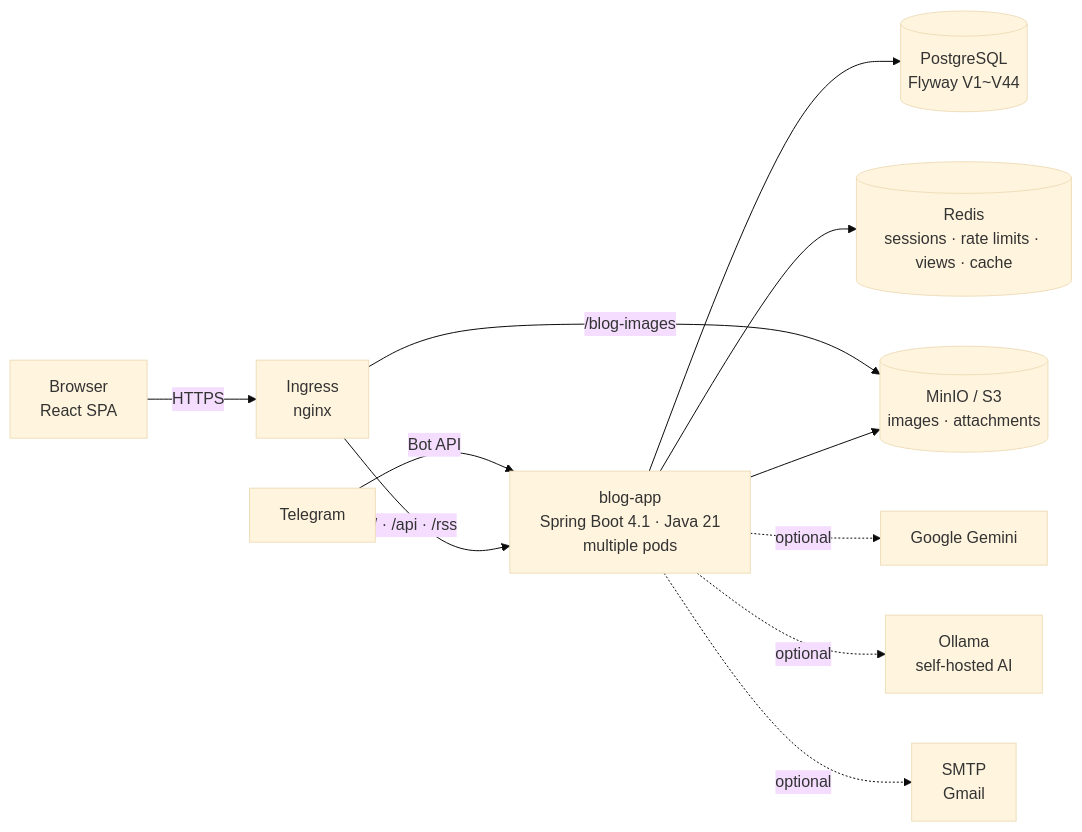
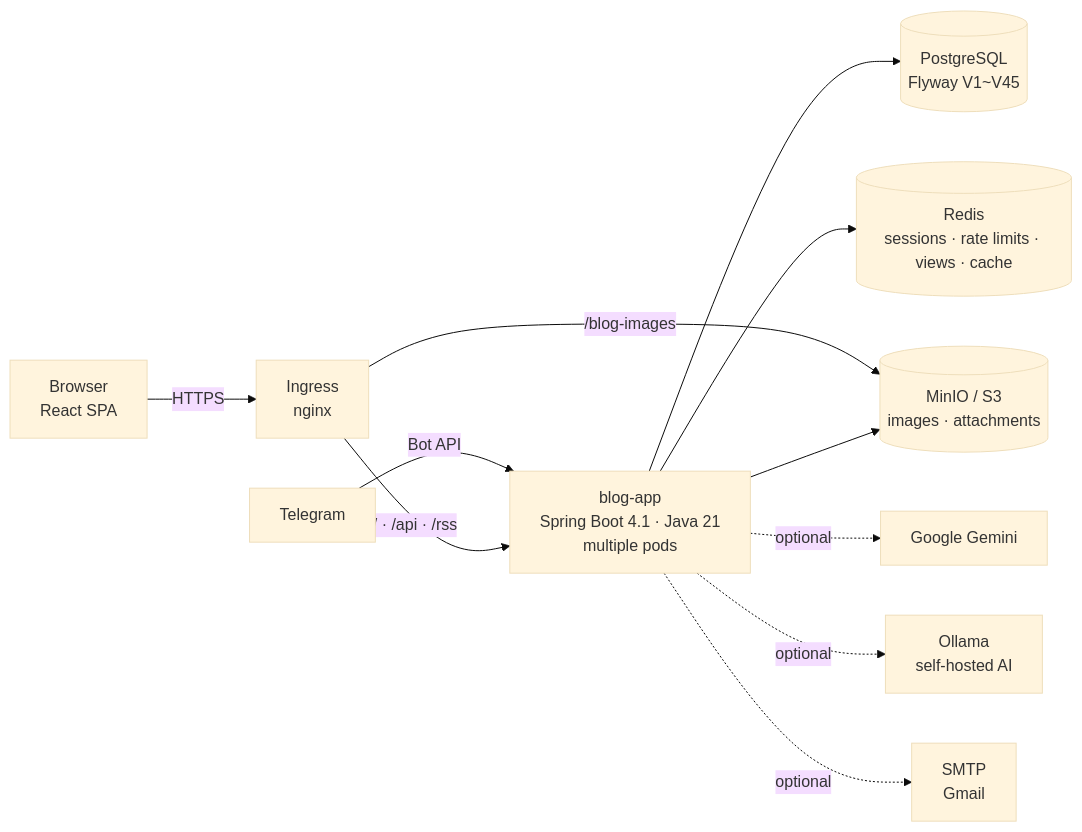
The first of 3 diagrams in README.en.md (AIGJ-01-002-blog/devlog), drawn with Mermaid (base theme) before and after one commit. The commit also changed other lines of this file and 8 other files, not shown here.

````diff
--- a/README.en.md
+++ b/README.en.md
@@ -151,13 +151,13 @@
 ```mermaid
 flowchart LR
     B[Browser<br/>React SPA] -->|HTTPS| I[Ingress<br/>nginx]
     T[Telegram] -->|Bot API| A
     I -->|/ · /api · /rss| A[blog-app<br/>Spring Boot 4.1 · Java 21<br/>multiple pods]
     I -->|/blog-images| M[(MinIO / S3<br/>images · attachments)]
-    A --> P[(PostgreSQL<br/>Flyway V1~V44)]
+    A --> P[(PostgreSQL<br/>Flyway V1~V45)]
     A --> R[(Redis<br/>sessions · rate limits · views · cache)]
     A --> M
     A -.optional.-> G[Google Gemini]
     A -.optional.-> O[Ollama<br/>self-hosted AI]
     A -.optional.-> S[SMTP<br/>Gmail]
 ```
````
